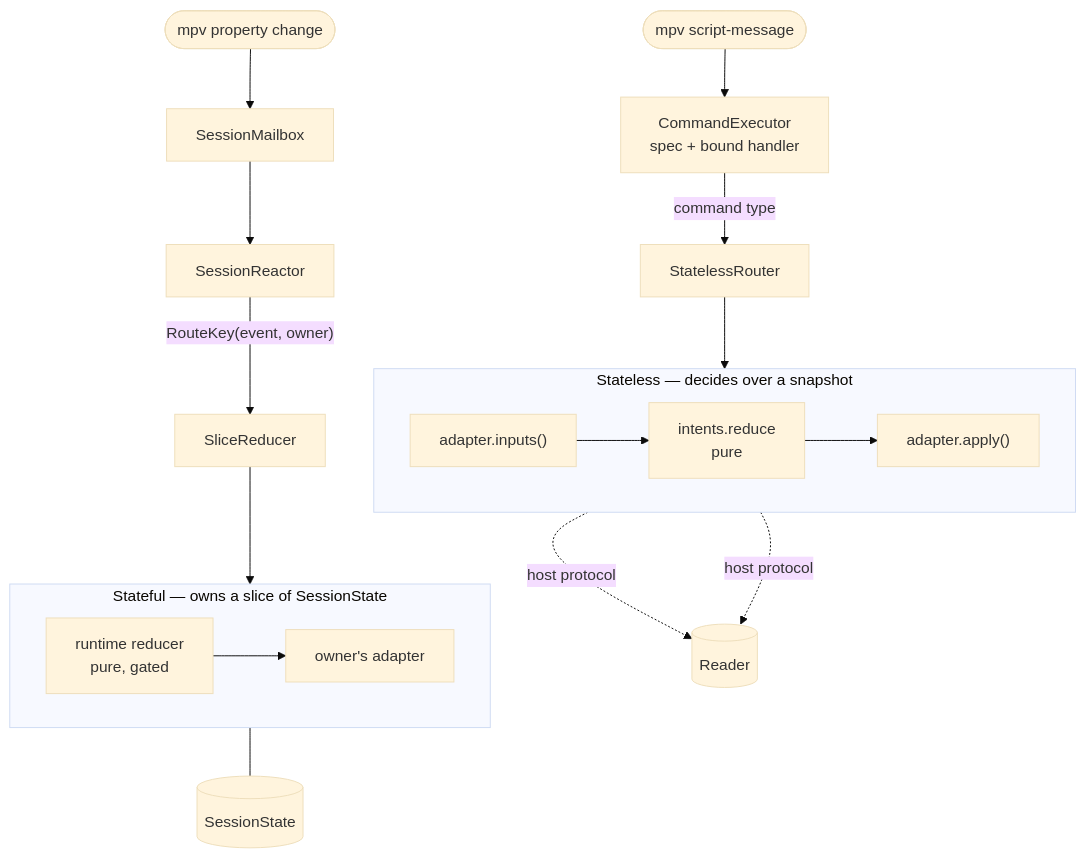
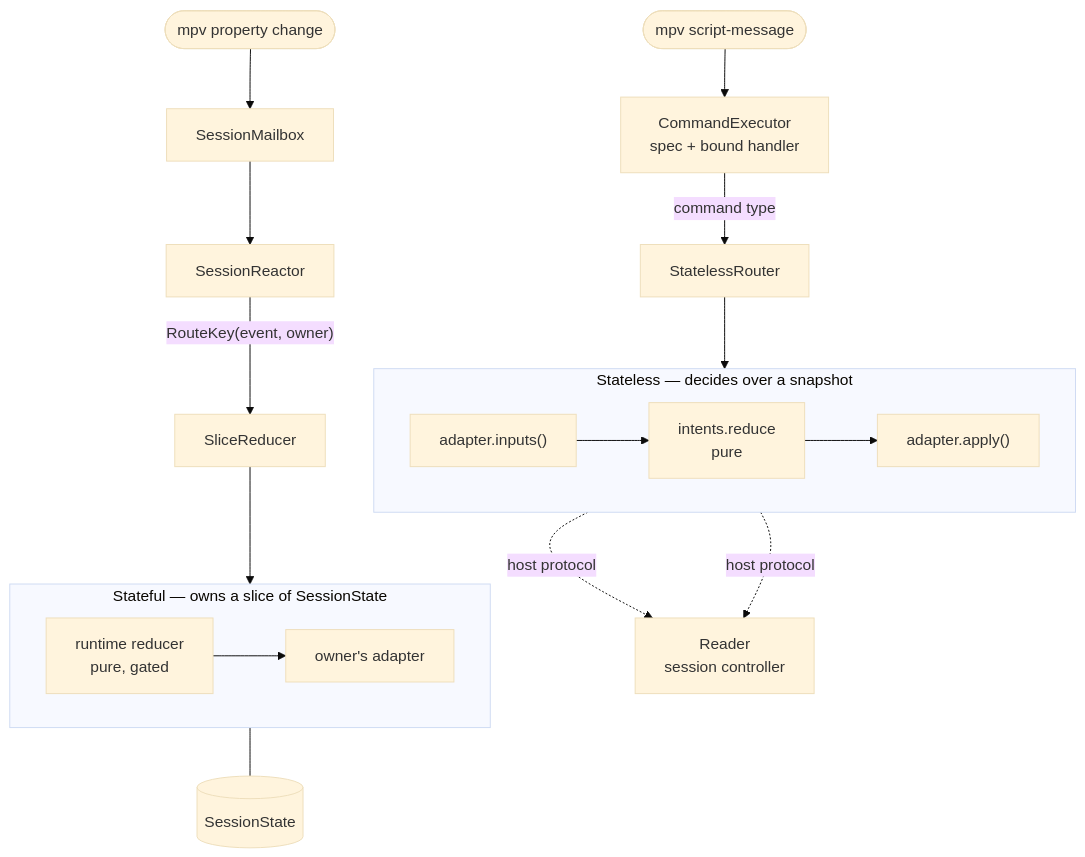
The diagram in ARCHITECTURE.md (serjflint/saitenka), drawn with Mermaid (base theme) before and after one commit. The commit also changed other lines of this file and 14 other files, not shown here.

````diff
--- a/ARCHITECTURE.md
+++ b/ARCHITECTURE.md
@@ -119,25 +121,25 @@
 ```mermaid
 flowchart TB
     key(["mpv script-message"]) --> exec["CommandExecutor<br/>spec + bound handler"]
     exec -->|command type| srouter["StatelessRouter"]
     obs(["mpv property change"]) --> mailbox["SessionMailbox"]
     mailbox --> reactor["SessionReactor"]
     reactor -->|"RouteKey(event, owner)"| slice["SliceReducer"]
 
     subgraph L1["Stateless — decides over a snapshot"]
         direction LR
         gather["adapter.inputs()"] --> policy["intents.reduce<br/>pure"]
         policy --> perform["adapter.apply()"]
     end
 
     subgraph L2["Stateful — owns a slice of SessionState"]
         direction LR
         reduce["runtime reducer<br/>pure, gated"] --> owner["owner's adapter"]
     end
 
     srouter --> L1
     slice --> L2
-    gather -. "host protocol" .-> host[(Reader)]
+    gather -. "host protocol" .-> host["Reader<br/>session controller"]
     perform -. "host protocol" .-> host
     reduce --- state[(SessionState)]
 ```
````
